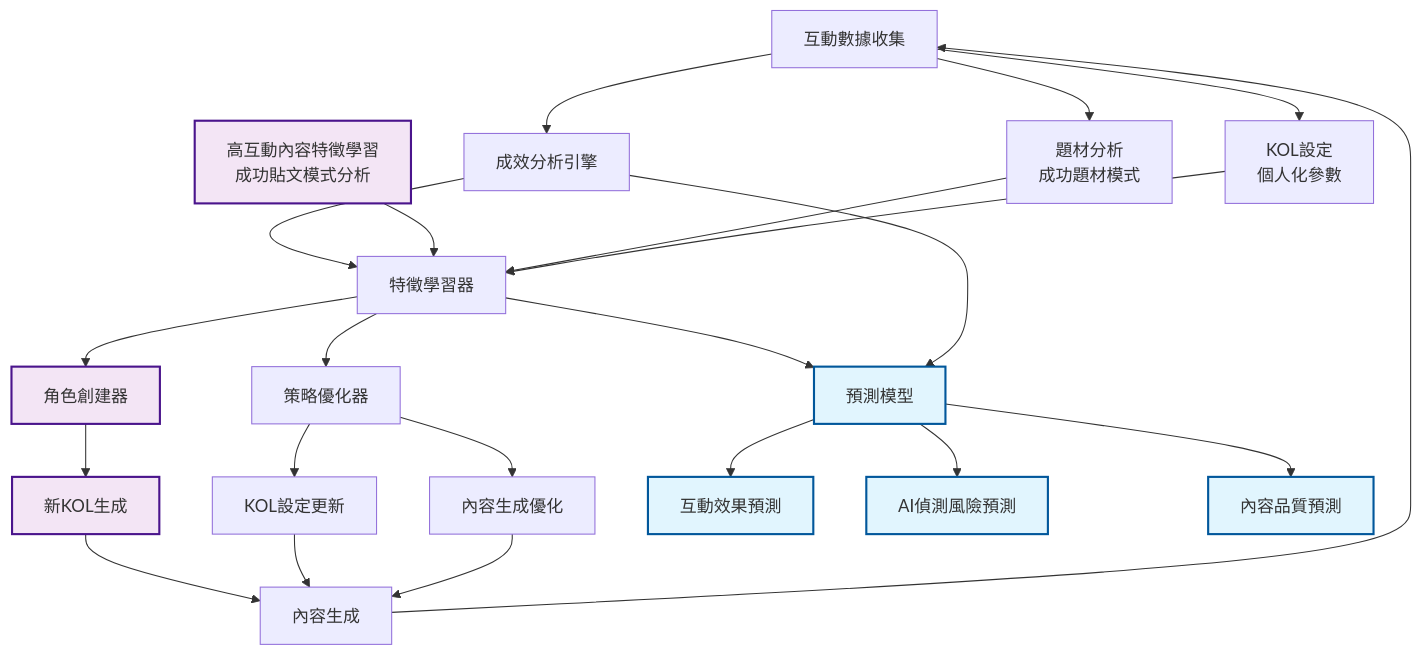
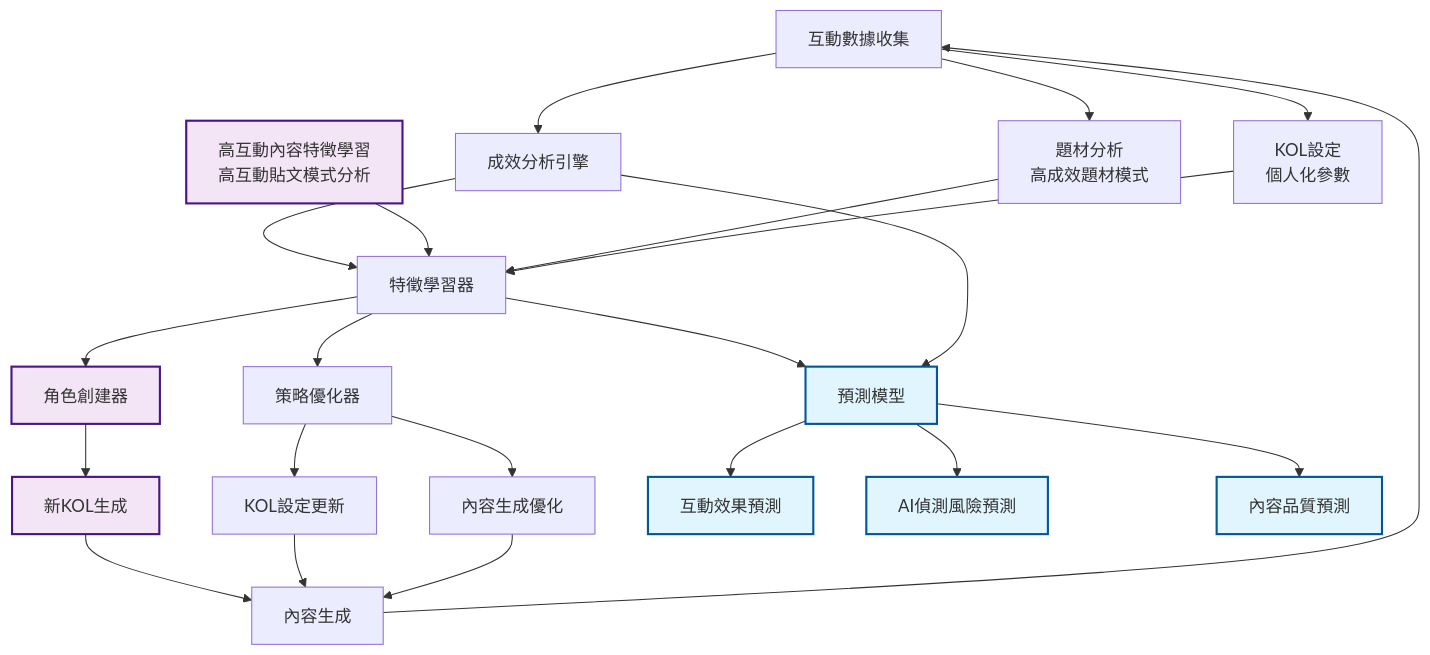
One commit to hihihowru/forum_autoposter changed the diagram in gitbook-docs/4-AI自我學習/4.8-AI自我學習機制完整簡報-wireframe.md. Above: the diagram before and after it, drawn with Mermaid. The commit also changed other lines of this file, not shown here.

Commit message:
優化核心目標與詞彙：按roadmap順序排列四大目標，加入高互動內容特徵學習，使用更專業詞彙

````diff
--- a/gitbook-docs/4-AI自我學習/4.8-AI自我學習機制完整簡報-wireframe.md
+++ b/gitbook-docs/4-AI自我學習/4.8-AI自我學習機制完整簡報-wireframe.md
@@ -37,37 +37,37 @@
 ```mermaid
 graph TD
     A[互動數據收集] --> B[成效分析引擎]
-    A --> F[題材分析<br/>成功題材模式]
+    A --> F[題材分析<br/>高成效題材模式]
     A --> G[KOL設定<br/>個人化參數]
     B --> C[特徵學習器]
     
-    D[高互動內容特徵學習<br/>成功貼文模式分析] --> C
+    D[高互動內容特徵學習<br/>高互動貼文模式分析] --> C
     F --> C
     G --> C
     
     C --> I[角色創建器]
     C --> J[策略優化器]
     
     I --> K[新KOL生成]
     J --> L[KOL設定更新]
     J --> M[內容生成優化]
     
     K --> N[內容生成]
     L --> N
     M --> N
     N --> A
     
     O[預測模型] --> P[互動效果預測]
     O --> Q[AI偵測風險預測]
     O --> R[內容品質預測]
     
     C --> O
     B --> O
     
     classDef roadmap1 fill:#e1f5fe,stroke:#01579b,stroke-width:2px
     classDef roadmap2 fill:#f3e5f5,stroke:#4a148c,stroke-width:2px
     classDef roadmap3 fill:#e8f5e8,stroke:#1b5e20,stroke-width:2px
     
     class O,P,Q,R roadmap1
     class D,I,K roadmap2
 ```
````
